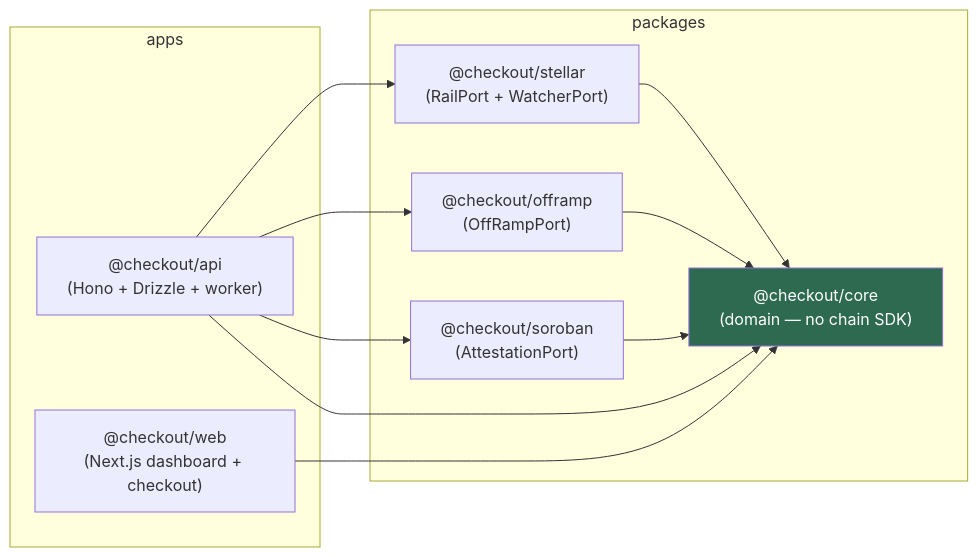
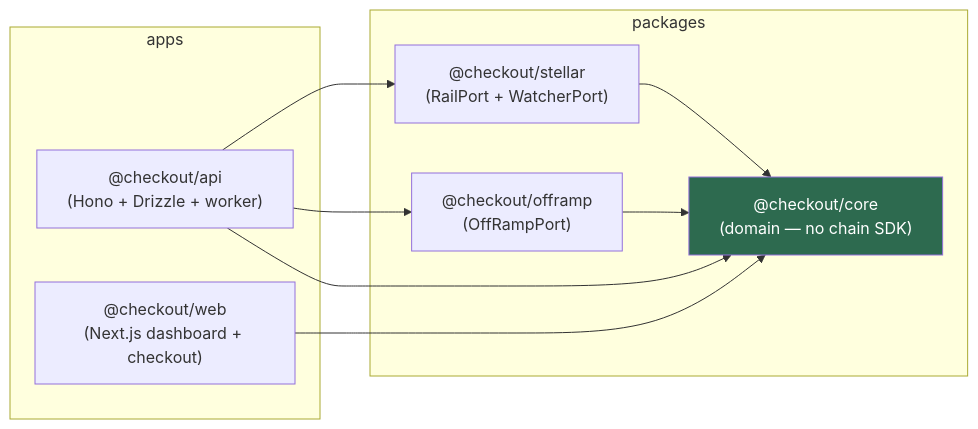
One commit to determined-001/Quay changed the first of 6 diagrams in docs/ARCHITECTURE.md. Above: the diagram before and after it, drawn with Mermaid. The commit also changed other lines of this file and 69 other files, not shown here.

````diff
--- a/docs/ARCHITECTURE.md
+++ b/docs/ARCHITECTURE.md
@@ -13,24 +13,21 @@
 ```mermaid
 graph LR
   subgraph packages
     core["@checkout/core<br/>(domain — no chain SDK)"]
     stellar["@checkout/stellar<br/>(RailPort + WatcherPort)"]
     offramp["@checkout/offramp<br/>(OffRampPort)"]
-    soroban["@checkout/soroban<br/>(AttestationPort)"]
   end
   subgraph apps
     api["@checkout/api<br/>(Hono + Drizzle + worker)"]
     web["@checkout/web<br/>(Next.js dashboard + checkout)"]
   end
 
   stellar --> core
   offramp --> core
-  soroban --> core
   api --> core
   api --> stellar
   api --> offramp
-  api --> soroban
   web --> core
 
   style core fill:#2d6a4f,color:#fff
 ```
````
